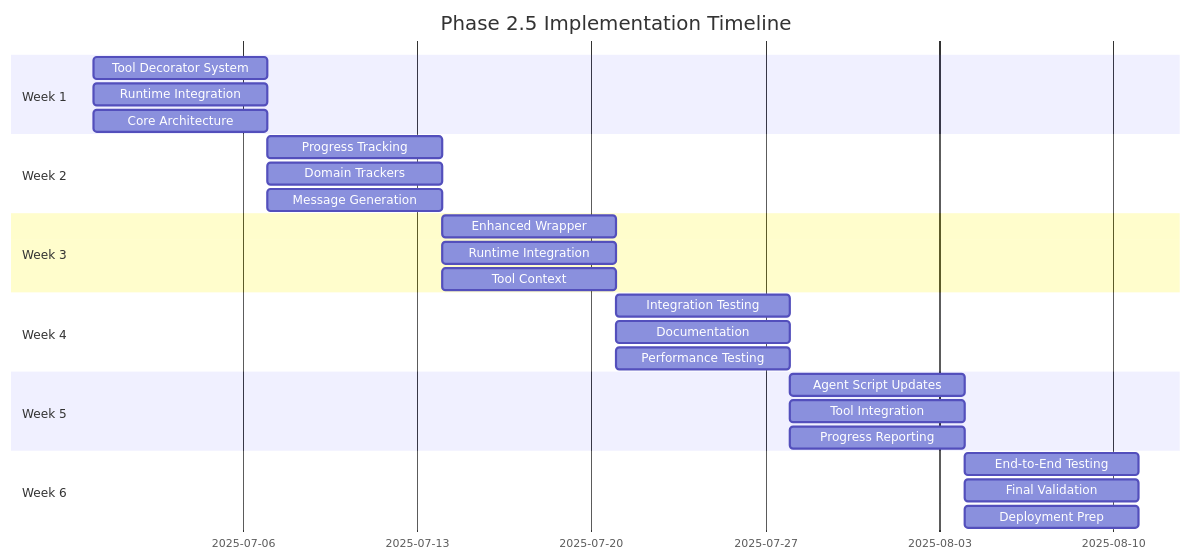
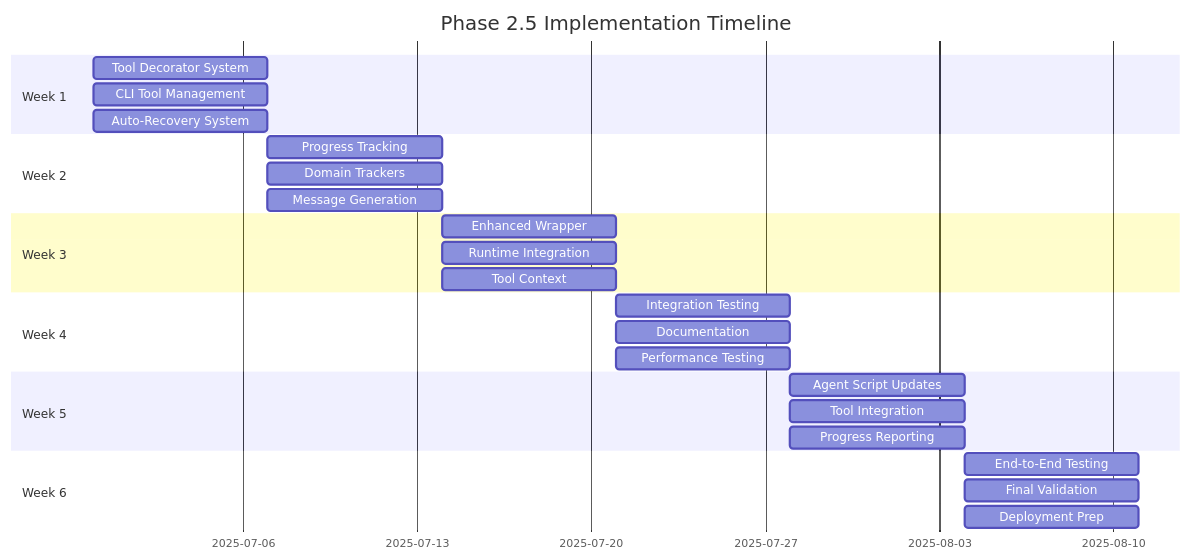
Before and after one commit to agentplug/agenthub: the diagram in docs/.implementation_design/phase2.5_semantic_progress_tools/05_implementation_roadmap.md, drawn with Mermaid. The commit also changed other lines of this file and 11 other files, not shown here.

````diff
--- a/docs/.implementation_design/phase2.5_semantic_progress_tools/05_implementation_roadmap.md
+++ b/docs/.implementation_design/phase2.5_semantic_progress_tools/05_implementation_roadmap.md
@@ -18,34 +18,34 @@
 ```mermaid
 gantt
     title Phase 2.5 Implementation Timeline
     dateFormat  YYYY-MM-DD
     section Week 1
     Tool Decorator System     :a1, 2025-06-30, 7d
-    Runtime Integration       :a2, 2025-06-30, 7d
-    Core Architecture        :a3, 2025-06-30, 7d
+    CLI Tool Management       :a2, 2025-06-30, 7d
+    Auto-Recovery System      :a3, 2025-06-30, 7d
     
     section Week 2
     Progress Tracking      :b1, 2025-07-07, 7d
     Domain Trackers        :b2, 2025-07-07, 7d
     Message Generation     :b3, 2025-07-07, 7d
     
     section Week 3
     Enhanced Wrapper       :c1, 2025-07-14, 7d
     Runtime Integration    :c2, 2025-07-14, 7d
     Tool Context           :c3, 2025-07-14, 7d
     
     section Week 4
     Integration Testing    :d1, 2025-07-21, 7d
     Documentation          :d2, 2025-07-21, 7d
     Performance Testing    :d3, 2025-07-21, 7d
     
     section Week 5
     Agent Script Updates   :e1, 2025-07-28, 7d
     Tool Integration       :e2, 2025-07-28, 7d
     Progress Reporting     :e3, 2025-07-28, 7d
     
     section Week 6
     End-to-End Testing     :f1, 2025-08-04, 7d
     Final Validation       :f2, 2025-08-04, 7d
     Deployment Prep        :f3, 2025-08-04, 7d
 ```
````
